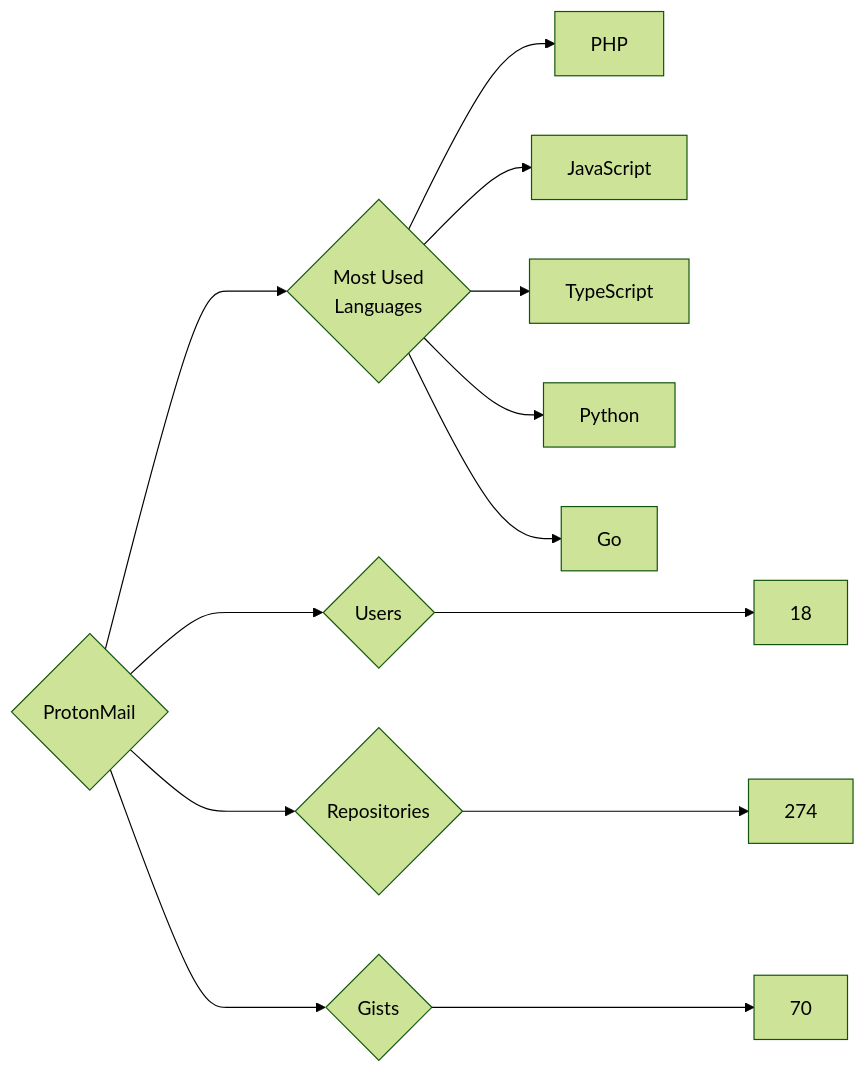
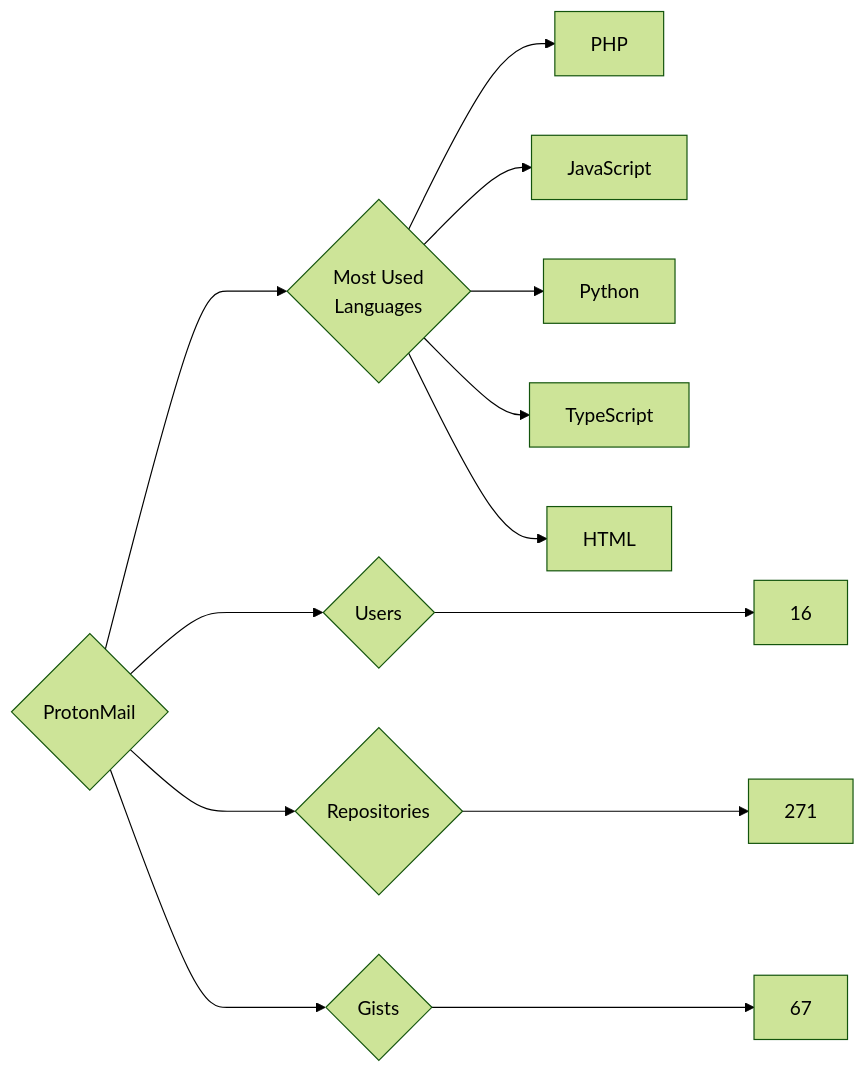
One commit to trickest/insiders changed the diagram in targets/ProtonMail/README.md. Above: the diagram before and after it, drawn with Mermaid (forest theme). The commit also changed 829 other files, not shown here.

````diff
--- a/targets/ProtonMail/README.md
+++ b/targets/ProtonMail/README.md
@@ -3,13 +3,13 @@
 ```mermaid
 graph LR
 COMPANY_NAME{ProtonMail}
-COMPANY_NAME ---> U{Users} ---> UN[18]
-COMPANY_NAME ---> R{Repositories} ---> RN[274]
-COMPANY_NAME ---> G{Gists} ---> GN[70]
+COMPANY_NAME ---> U{Users} ---> UN[16]
+COMPANY_NAME ---> R{Repositories} ---> RN[271]
+COMPANY_NAME ---> G{Gists} ---> GN[67]
 COMPANY_NAME ---> ML{Most Used<br>Languages}
 ML --> PHP[PHP]
 ML --> JavaScript[JavaScript]
+ML --> Python[Python]
 ML --> TypeScript[TypeScript]
-ML --> Python[Python]
-ML --> Go[Go]
+ML --> HTML[HTML]
 ```
````
